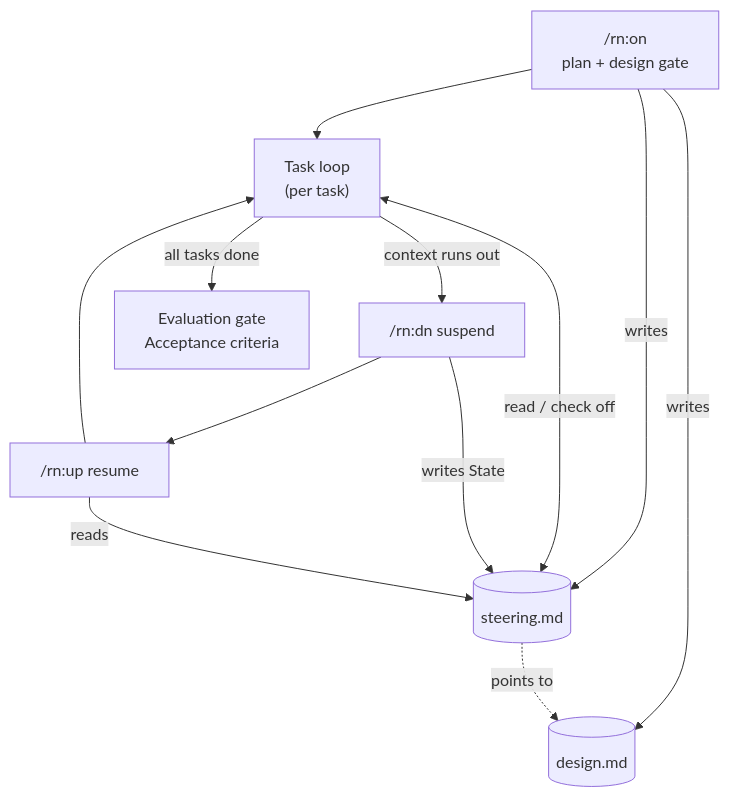
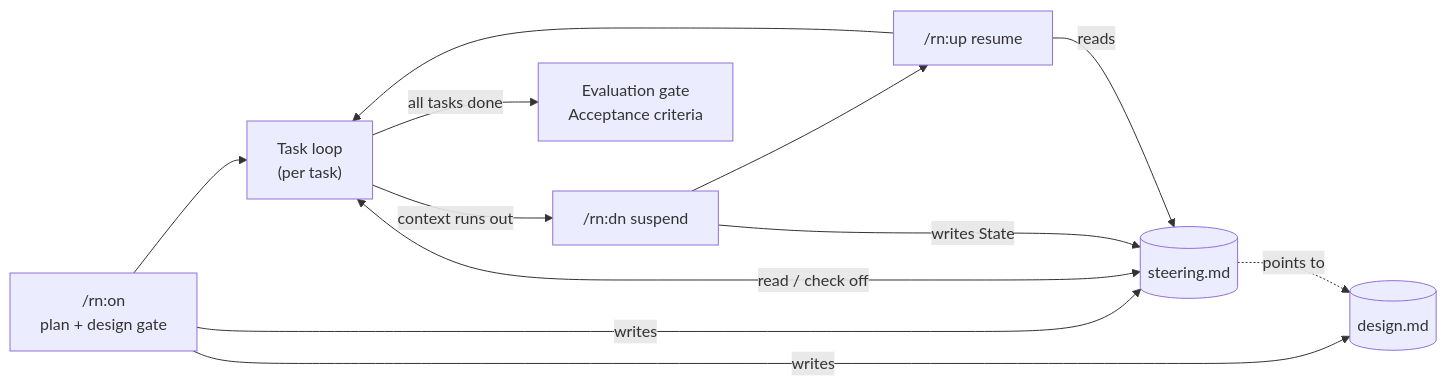
The second of 3 diagrams in rn/docs/design.md (lovaizu/ccpm), drawn with Mermaid before and after one commit. The commit also changed other lines of this file, not shown here.

Commit message:
docs(rn): lay both Flow diagrams left-to-right for readability

````diff
--- a/rn/docs/design.md
+++ b/rn/docs/design.md
@@ -62,22 +62,17 @@
 ```mermaid
-flowchart TD
-  on["/rn:on<br/>plan + design gate"]
-  loop["Task loop<br/>(per task)"]
-  dn["/rn:dn suspend"]
-  up["/rn:up resume"]
-  eval["Evaluation gate<br/>Acceptance criteria"]
+flowchart LR
+  on["/rn:on<br/>plan + design gate"] --> loop["Task loop<br/>(per task)"]
+  loop -->|context runs out| dn["/rn:dn suspend"]
+  dn --> up["/rn:up resume"]
+  up --> loop
+  loop -->|all tasks done| eval["Evaluation gate<br/>Acceptance criteria"]
+
   steer[("steering.md")]
   dsgn[("design.md")]
-
   on -->|writes| steer
   on -->|writes| dsgn
   steer -. points to .-> dsgn
-  on --> loop
   loop <-->|read / check off| steer
-  loop -->|context runs out| dn
   dn -->|writes State| steer
-  dn --> up
   up -->|reads| steer
-  up --> loop
-  loop -->|all tasks done| eval
 ```
````
